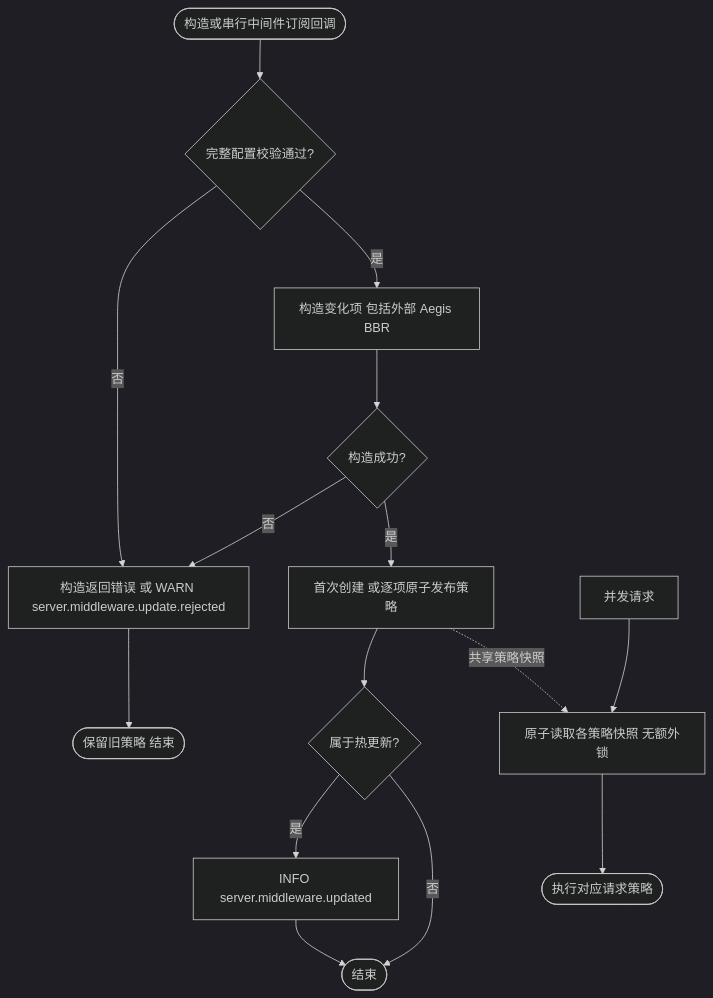
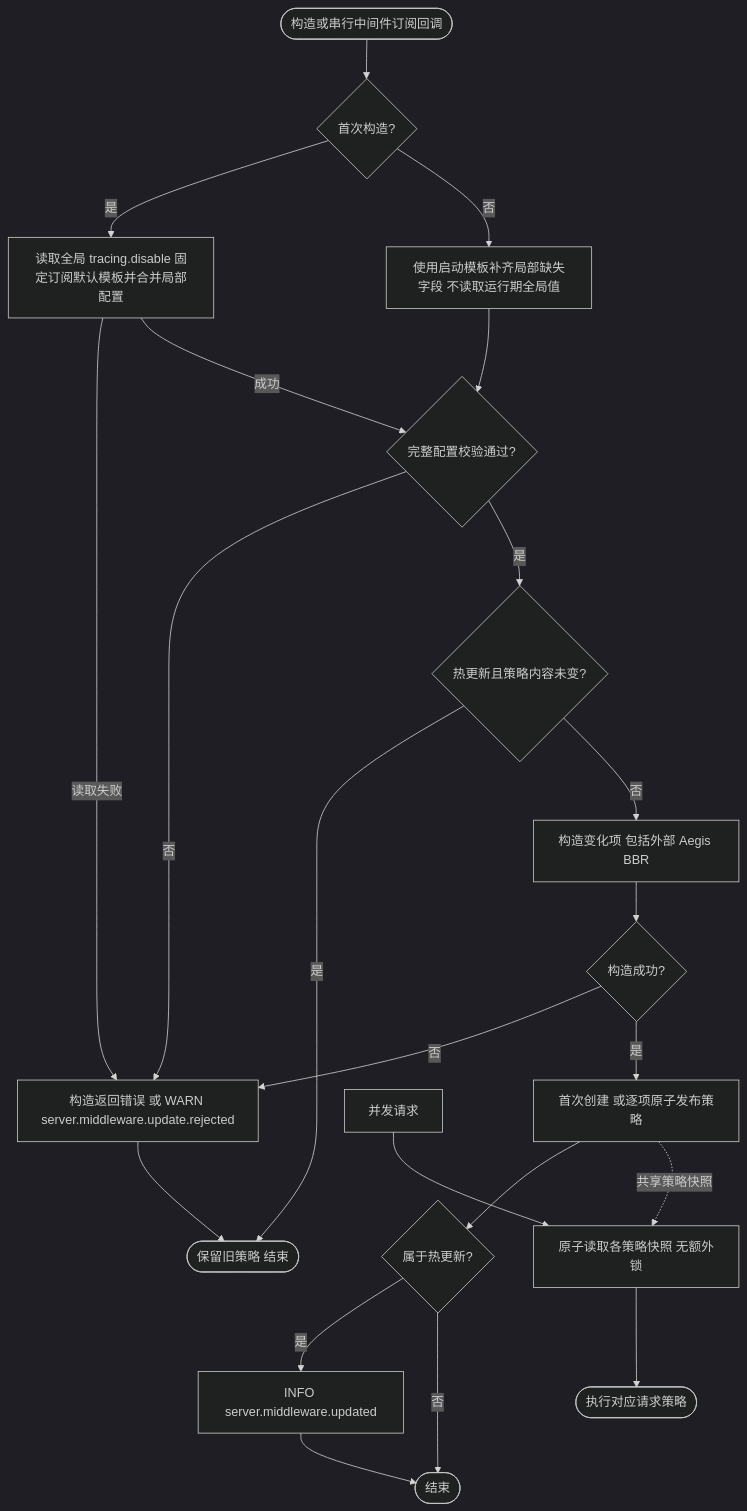
One commit to jaggerzhuang1994/kratos-foundation changed the fourth of 11 diagrams in pkg/server/README.md. Above: the diagram before and after it, drawn with Mermaid (dark theme). The commit also changed other lines of this file and 59 other files, not shown here.

````diff
--- a/pkg/server/README.md
+++ b/pkg/server/README.md
@@ -135,17 +137,24 @@
 ```mermaid
 flowchart TD
-    A([构造或串行中间件订阅回调]) --> B{完整配置校验通过?}
+    A([构造或串行中间件订阅回调]) --> A1{首次构造?}
+    A1 -- 是 --> A2[读取全局 tracing.disable 固定订阅默认模板并合并局部配置]
+    A1 -- 否 --> A3[使用启动模板补齐局部缺失字段 不读取运行期全局值]
+    A2 -- 读取失败 --> C
+    A2 -- 成功 --> B{完整配置校验通过?}
+    A3 --> B
     B -- 否 --> C[构造返回错误 或 WARN server.middleware.update.rejected]
     C --> D([保留旧策略 结束])
-    B -- 是 --> E[构造变化项 包括外部 Aegis BBR]
+    B -- 是 --> R{热更新且策略内容未变?}
+    R -- 是 --> D
+    R -- 否 --> E[构造变化项 包括外部 Aegis BBR]
     E --> F{构造成功?}
     F -- 否 --> C
     F -- 是 --> G[首次创建 或逐项原子发布策略]
     G --> H{属于热更新?}
     H -- 是 --> M[INFO server.middleware.updated]
     H -- 否 --> I([结束])
     M --> I
     J[并发请求] --> K[原子读取各策略快照 无额外锁]
     G -. 共享策略快照 .-> K
     K --> L([执行对应请求策略])
 ```
````
